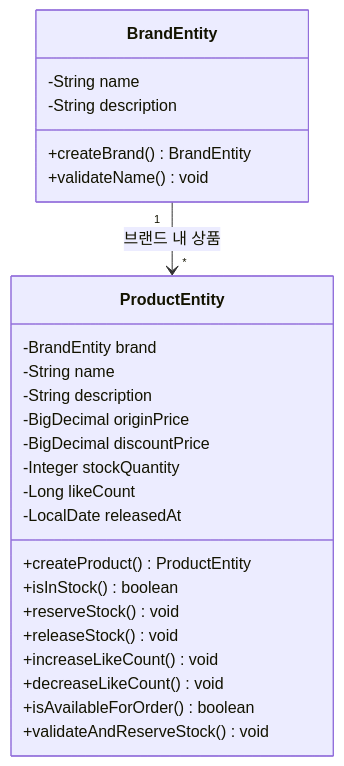
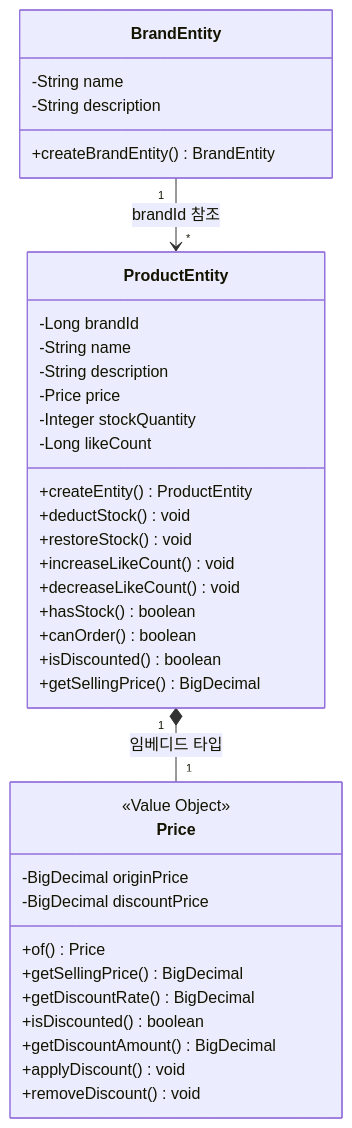
Before and after one commit to hyujikoh/loopers-spring-java-template: the third of 5 diagrams in docs/week2/03-class-diagram.md, drawn with Mermaid. The commit also changed other lines of this file and 2 other files, not shown here.

````diff
--- a/docs/week2/03-class-diagram.md
+++ b/docs/week2/03-class-diagram.md
@@ -172,30 +169,42 @@
 ```mermaid
 classDiagram
     class BrandEntity {
         -String name
         -String description
-        +createBrand() BrandEntity
-        +validateName() void
+        +createBrandEntity() BrandEntity
     }
 
     class ProductEntity {
-        -BrandEntity brand
+        -Long brandId
         -String name
         -String description
+        -Price price
+        -Integer stockQuantity
+        -Long likeCount
+        +createEntity() ProductEntity
+        +deductStock() void
+        +restoreStock() void
+        +increaseLikeCount() void
+        +decreaseLikeCount() void
+        +hasStock() boolean
+        +canOrder() boolean
+        +isDiscounted() boolean
+        +getSellingPrice() BigDecimal
+    }
+    
+    class Price {
+        <<Value Object>>
         -BigDecimal originPrice
         -BigDecimal discountPrice
-        -Integer stockQuantity
-        -Long likeCount
-        -LocalDate releasedAt
-        +createProduct() ProductEntity
-        +isInStock() boolean
-        +reserveStock() void
-        +releaseStock() void
-        +increaseLikeCount() void
-        +decreaseLikeCount() void
-        +isAvailableForOrder() boolean
-        +validateAndReserveStock() void
+        +of() Price
+        +getSellingPrice() BigDecimal
+        +getDiscountRate() BigDecimal
+        +isDiscounted() boolean
+        +getDiscountAmount() BigDecimal
+        +applyDiscount() void
+        +removeDiscount() void
     }
 
-    BrandEntity "1" --> "*" ProductEntity : 브랜드 내 상품
+    BrandEntity "1" --> "*" ProductEntity : brandId 참조
+    ProductEntity "1" *-- "1" Price : 임베디드 타입
 ```
````
